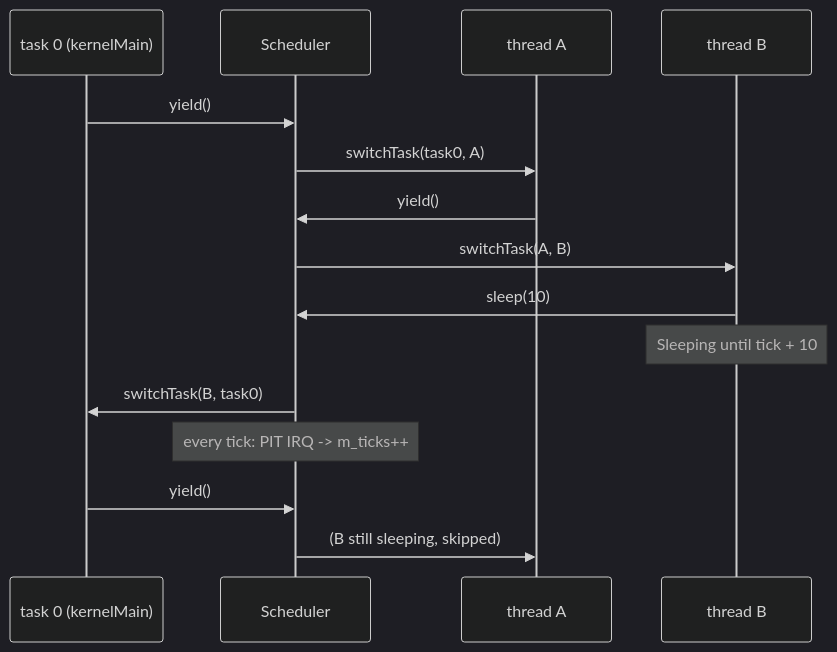
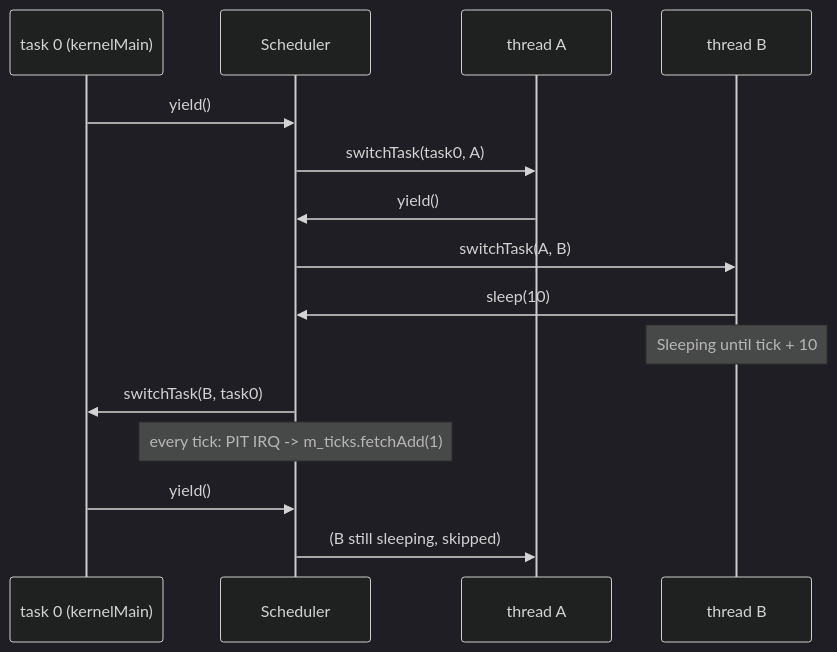
Before and after one commit to oguzhankynk/atlOS: the first of 2 diagrams in kernel/sched/README.md, drawn with Mermaid (dark theme). The commit also changed other lines of this file and 22 other files, not shown here.

````diff
--- a/kernel/sched/README.md
+++ b/kernel/sched/README.md
@@ -82,17 +86,17 @@
 ```mermaid
 sequenceDiagram
     participant M as task 0 (kernelMain)
     participant S as Scheduler
     participant A as thread A
     participant B as thread B
     M->>S: yield()
     S->>A: switchTask(task0, A)
     A->>S: yield()
     S->>B: switchTask(A, B)
     B->>S: sleep(10)
     Note over B: Sleeping until tick + 10
     S->>M: switchTask(B, task0)
-    Note over S: every tick: PIT IRQ -> m_ticks++
+    Note over S: every tick: PIT IRQ -> m_ticks.fetchAdd(1)
     M->>S: yield()
     S->>A: (B still sleeping, skipped)
 ```
````
